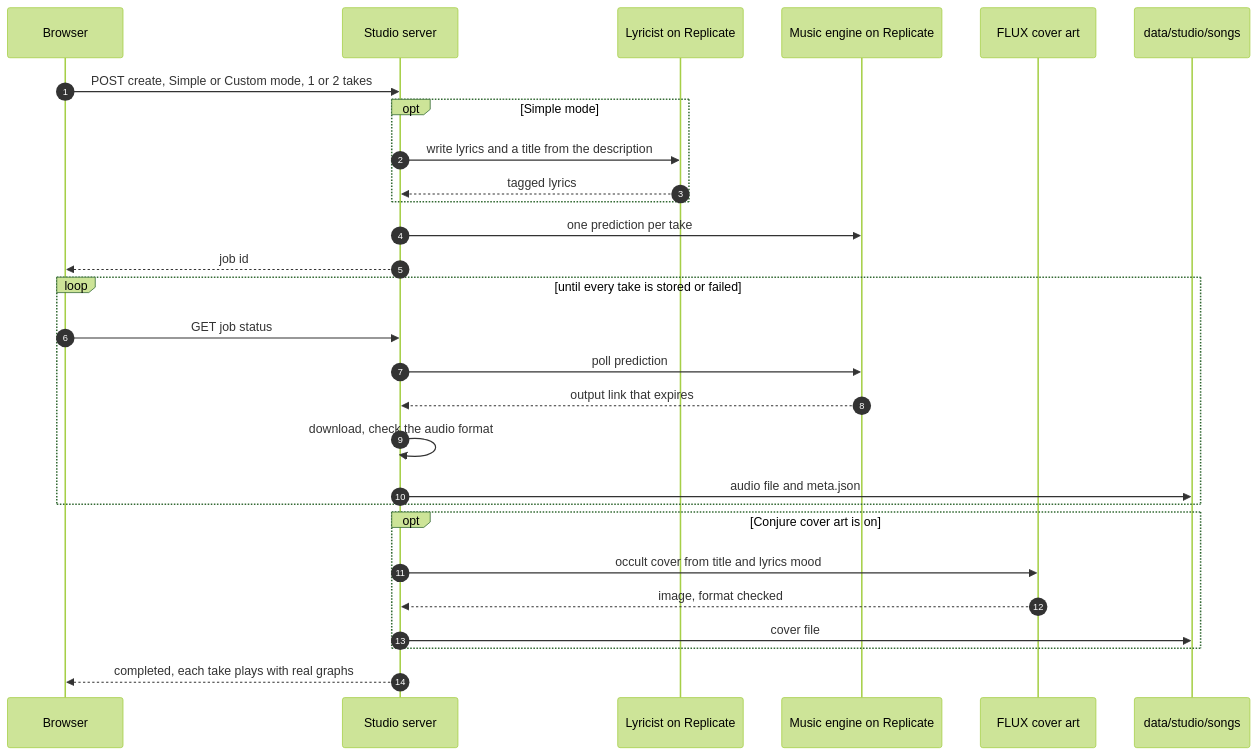
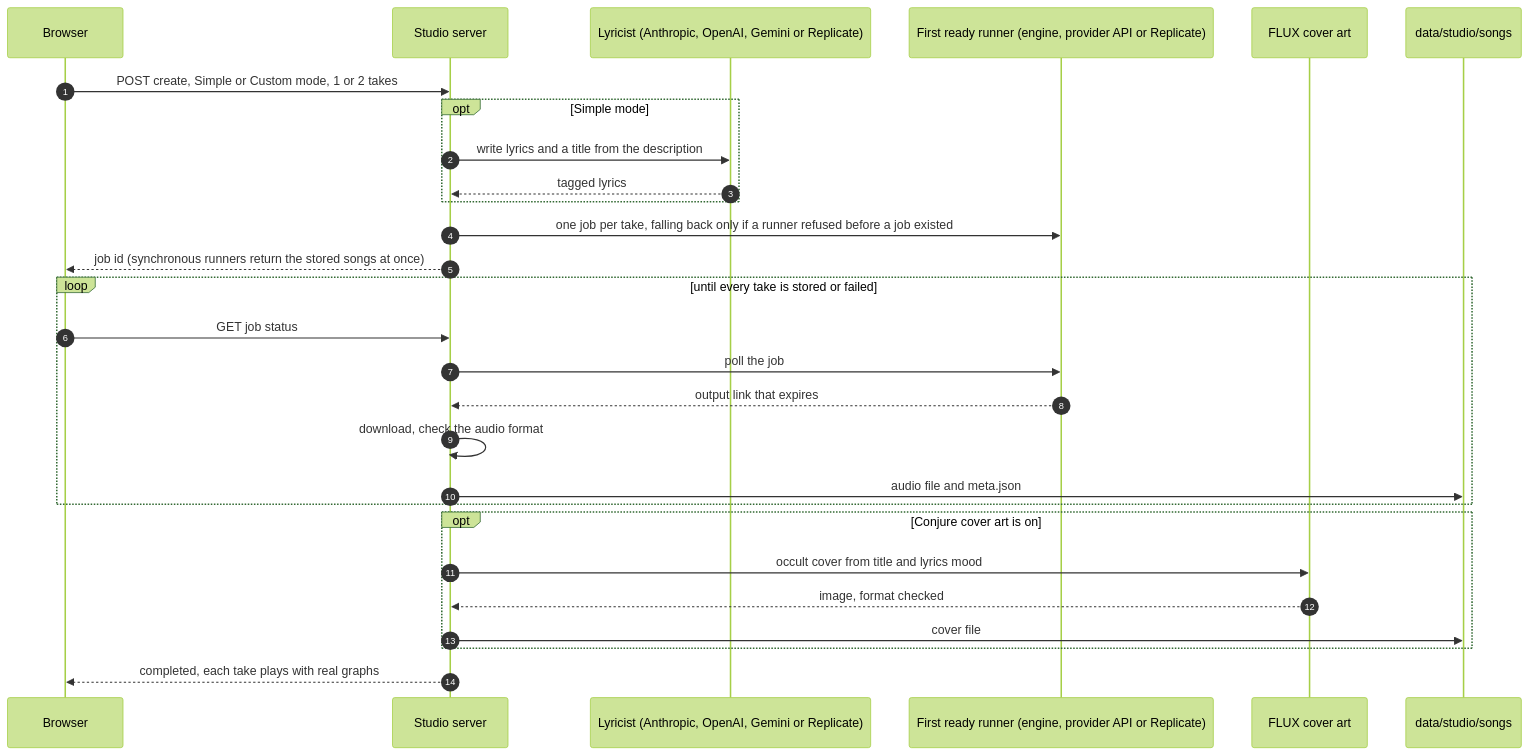
One commit to g-baskin/VocalBlackMagic changed the third of 9 diagrams in docs/DESIGN.md. Above: the diagram before and after it, drawn with Mermaid (forest theme). The commit also changed other lines of this file and 383 other files, not shown here.

First line of the commit message:
Docs: refresh wiki, code graph and library knowledge to b58d457 (#11)

````diff
--- a/docs/DESIGN.md
+++ b/docs/DESIGN.md
@@ -66,31 +70,31 @@
 ```mermaid
 sequenceDiagram
   autonumber
   participant B as Browser
   participant S as Studio server
-  participant L as Lyricist on Replicate
-  participant M as Music engine on Replicate
+  participant L as Lyricist (Anthropic, OpenAI, Gemini or Replicate)
+  participant M as First ready runner (engine, provider API or Replicate)
   participant F as FLUX cover art
   participant D as data/studio/songs
 
   B->>S: POST create, Simple or Custom mode, 1 or 2 takes
   opt Simple mode
     S->>L: write lyrics and a title from the description
     L-->>S: tagged lyrics
   end
-  S->>M: one prediction per take
-  S-->>B: job id
+  S->>M: one job per take, falling back only if a runner refused before a job existed
+  S-->>B: job id (synchronous runners return the stored songs at once)
   loop until every take is stored or failed
     B->>S: GET job status
-    S->>M: poll prediction
+    S->>M: poll the job
     M-->>S: output link that expires
     S->>S: download, check the audio format
     S->>D: audio file and meta.json
   end
   opt Conjure cover art is on
     S->>F: occult cover from title and lyrics mood
     F-->>S: image, format checked
     S->>D: cover file
   end
   S-->>B: completed, each take plays with real graphs
 ```
````
